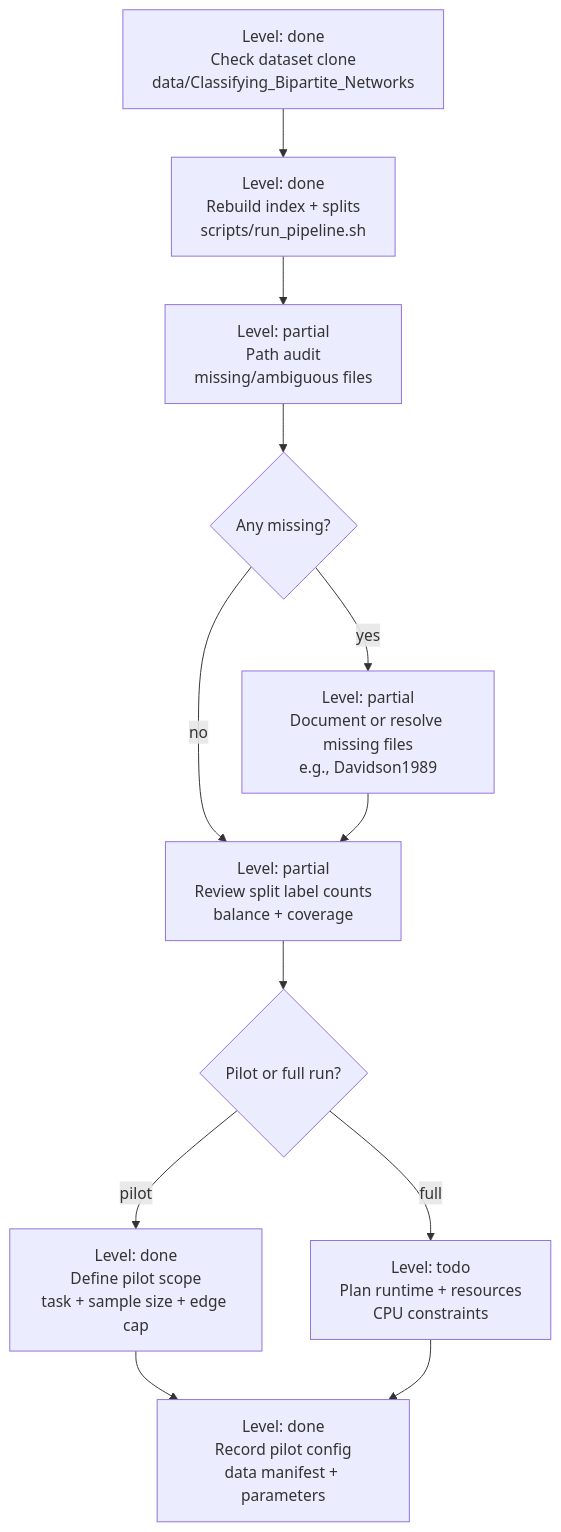
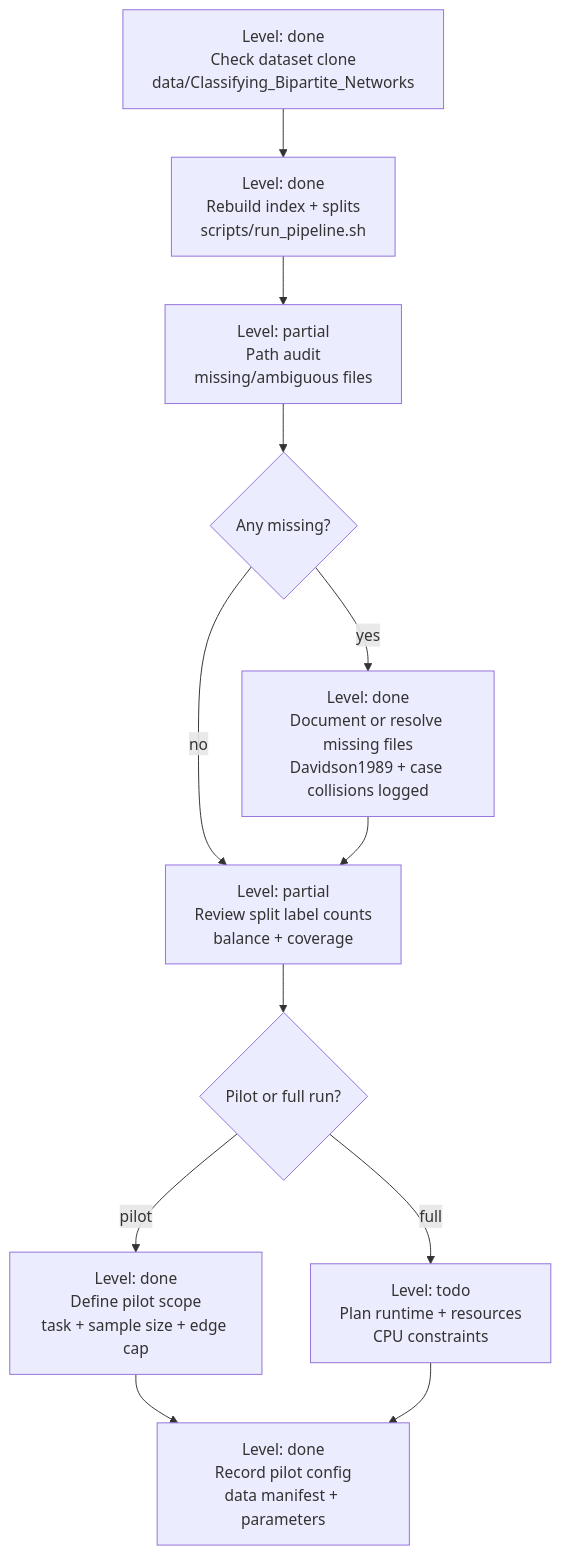
Before and after one commit to alexanderlewisstevens/GPT_paper_analysis: the diagram in docs/data_readiness_flow.md, drawn with Mermaid. The commit also changed other lines of this file and 6 other files, not shown here.

Commit message:
Enhance data readiness and reproducibility documentation; add curvature extraction script and configuration for graph-curvature-server backend.

````diff
--- a/docs/data_readiness_flow.md
+++ b/docs/data_readiness_flow.md
@@ -3,14 +3,14 @@
 ```mermaid
 flowchart TD
     A[Level: done<br/>Check dataset clone<br/>data/Classifying_Bipartite_Networks] --> B[Level: done<br/>Rebuild index + splits<br/>scripts/run_pipeline.sh]
     B --> C[Level: partial<br/>Path audit<br/>missing/ambiguous files]
     C --> D{Any missing?}
-    D -->|yes| E[Level: partial<br/>Document or resolve missing files<br/>e.g., Davidson1989]
+    D -->|yes| E[Level: done<br/>Document or resolve missing files<br/>Davidson1989 + case collisions logged]
     D -->|no| F[Level: partial<br/>Review split label counts<br/>balance + coverage]
     E --> F
     F --> G{Pilot or full run?}
     G -->|pilot| H[Level: done<br/>Define pilot scope<br/>task + sample size + edge cap]
     G -->|full| I[Level: todo<br/>Plan runtime + resources<br/>CPU constraints]
     H --> J[Level: done<br/>Record pilot config<br/>data manifest + parameters]
     I --> J
 ```
````
